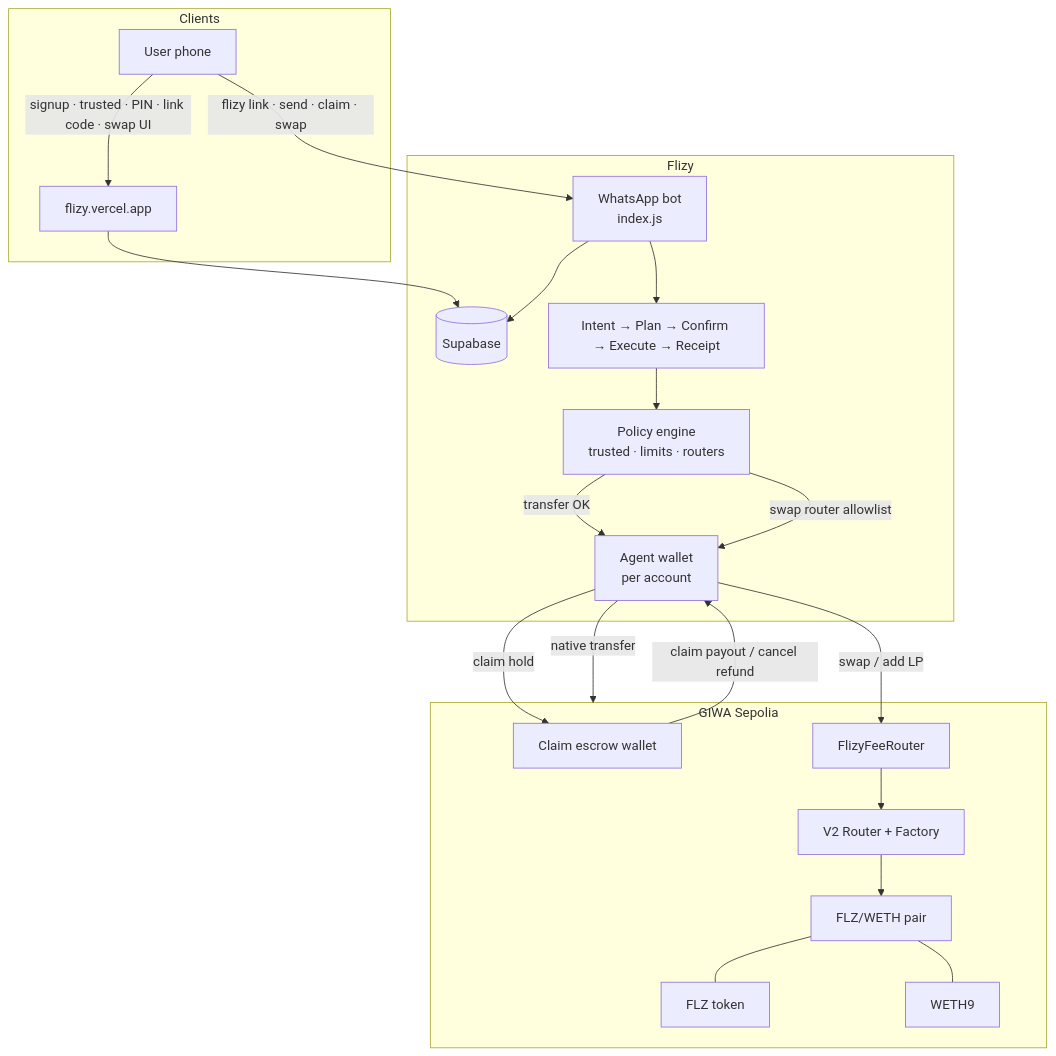
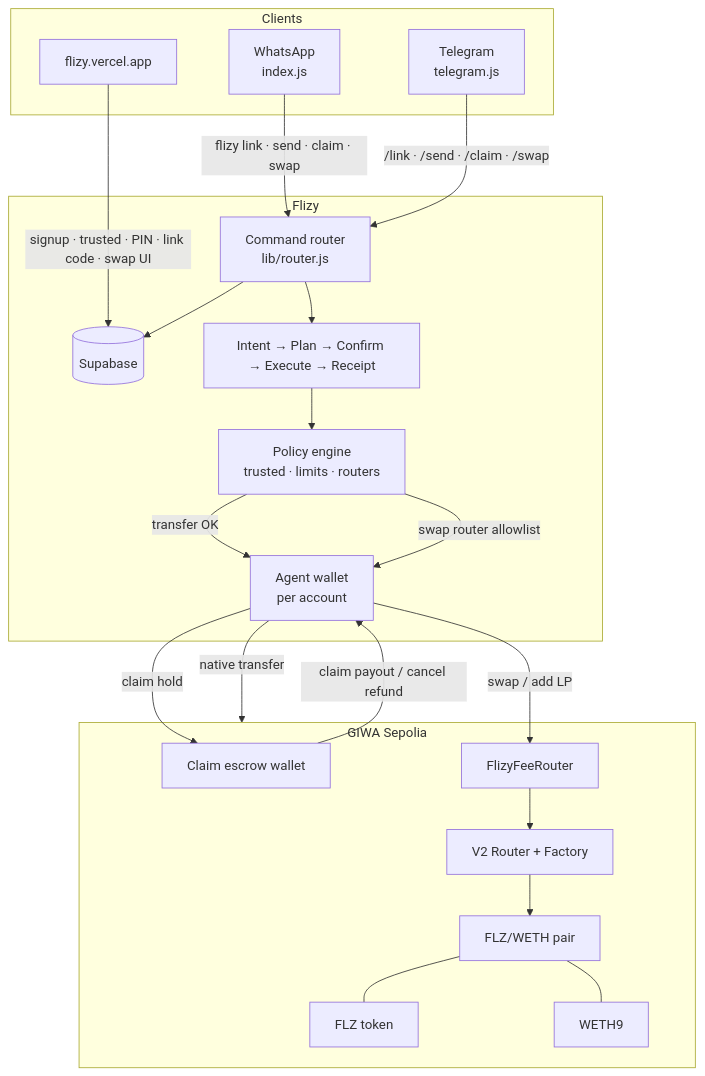
Before and after one commit to rudazy/flizy: the first of 7 diagrams in README.md, drawn with Mermaid. The commit also changed other lines of this file and 46 other files, not shown here.

````diff
--- a/README.md
+++ b/README.md
@@ -72,41 +78,42 @@
 ```mermaid
 flowchart TB
   subgraph Clients
-    U[User phone]
+    WA[WhatsApp<br/>index.js]
+    TG[Telegram<br/>telegram.js]
     S[flizy.vercel.app]
   end
 
   subgraph Flizy
-    W[WhatsApp bot<br/>index.js]
+    R[Command router<br/>lib/router.js]
     DB[(Supabase)]
     POL[Policy engine<br/>trusted · limits · routers]
     ENG[Intent → Plan → Confirm → Execute → Receipt]
     AW[Agent wallet<br/>per account]
   end
 
   subgraph OnChain["GIWA Sepolia"]
     ESC[Claim escrow wallet]
     FEE[FlizyFeeRouter]
     V2[V2 Router + Factory]
     PAIR[FLZ/WETH pair]
     FLZ[FLZ token]
     WETH[WETH9]
   end
 
-  U -->|signup · trusted · PIN · link code · swap UI| S
-  S --> DB
-  U -->|flizy link · send · claim · swap| W
-  W --> DB
-  W --> ENG
+  S -->|signup · trusted · PIN · link code · swap UI| DB
+  WA -->|flizy link · send · claim · swap| R
+  TG -->|/link · /send · /claim · /swap| R
+  R --> DB
+  R --> ENG
   ENG --> POL
   POL -->|transfer OK| AW
   POL -->|swap router allowlist| AW
   AW -->|native transfer| OnChain
   AW -->|swap / add LP| FEE
   FEE --> V2
   V2 --> PAIR
   PAIR --- FLZ
   PAIR --- WETH
   AW -->|claim hold| ESC
   ESC -->|claim payout / cancel refund| AW
 ```
````
